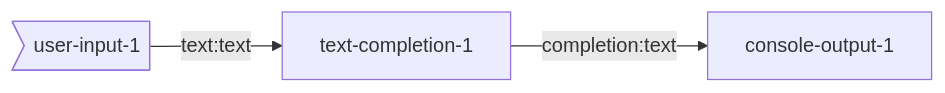
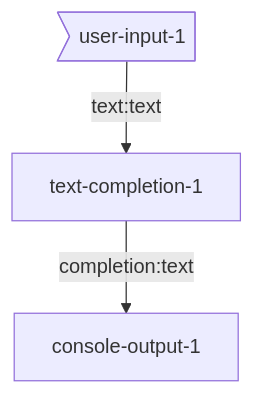
One commit to breadboard-ai/breadboard changed the diagram in seeds/graph-playground/docs/graphs/simplest.md. Above: the diagram before and after it, drawn with Mermaid. The commit also changed 5 other files, not shown here.

Commit message:
[graph-playground] TD mode seems to work better.

````diff
--- a/seeds/graph-playground/docs/graphs/simplest.md
+++ b/seeds/graph-playground/docs/graphs/simplest.md
@@ -4,5 +4,5 @@
 ```mermaid
-graph LR;
+graph TD;
 user-input-1>user-input-1] -- text:text --> text-completion-1
 text-completion-1 -- completion:text --> console-output-1
 ```
````
